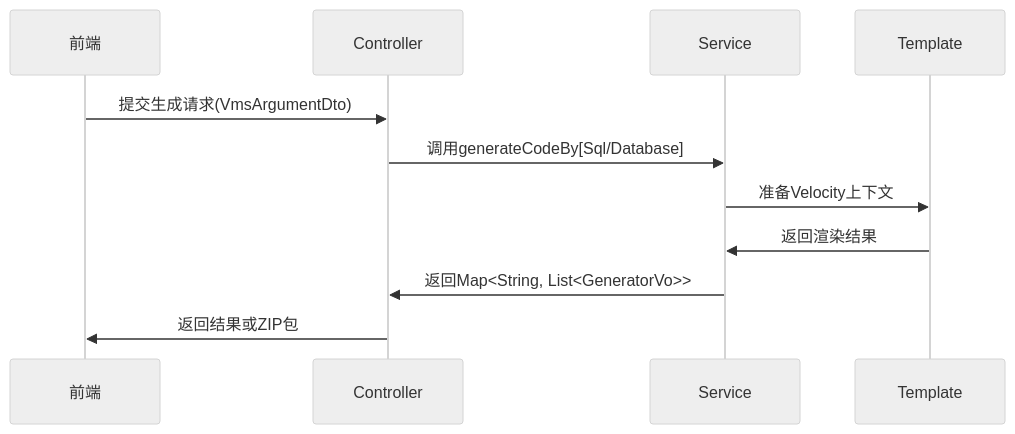
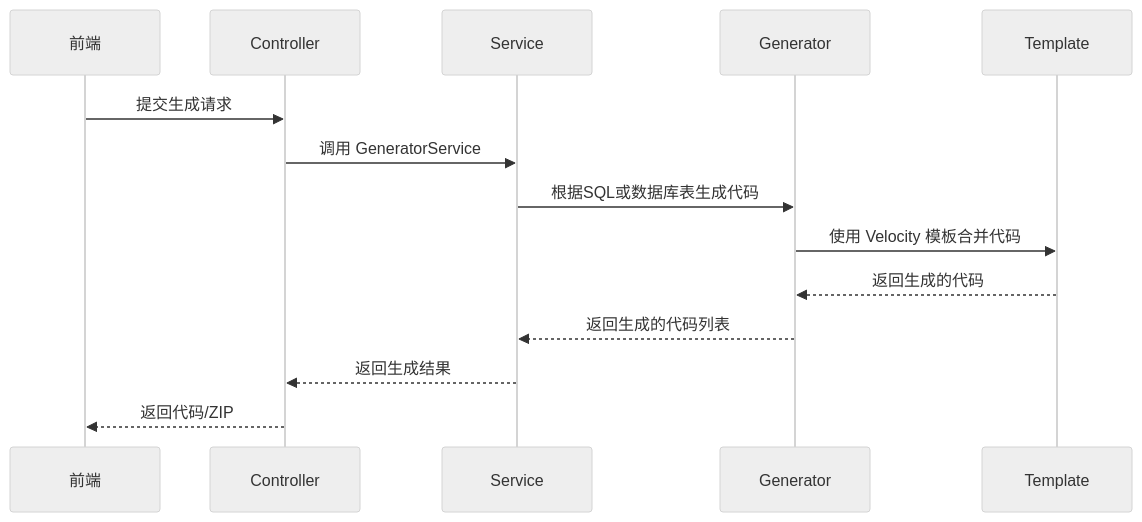
One commit to BunnyMaster/generator-code-server changed the first of 2 diagrams in README.md. Above: the diagram before and after it, drawn with Mermaid (neutral theme). The commit also changed other lines of this file, not shown here.

````diff
--- a/README.md
+++ b/README.md
@@ -171,14 +55,17 @@
 ```mermaid
 sequenceDiagram
     participant F as 前端
     participant C as Controller
     participant S as Service
+    participant G as Generator
     participant T as Template
-    
-    F->>C: 提交生成请求(VmsArgumentDto)
-    C->>S: 调用generateCodeBy[Sql/Database]
-    S->>T: 准备Velocity上下文
-    T->>S: 返回渲染结果
-    S->>C: 返回Map<String, List<GeneratorVo>>
-    C->>F: 返回结果或ZIP包
+
+    F->>C: 提交生成请求
+    C->>S: 调用 GeneratorService
+    S->>G: 根据SQL或数据库表生成代码
+    G->>T: 使用 Velocity 模板合并代码
+    T-->>G: 返回生成的代码
+    G-->>S: 返回生成的代码列表
+    S-->>C: 返回生成结果
+    C-->>F: 返回代码/ZIP
 ```
````
